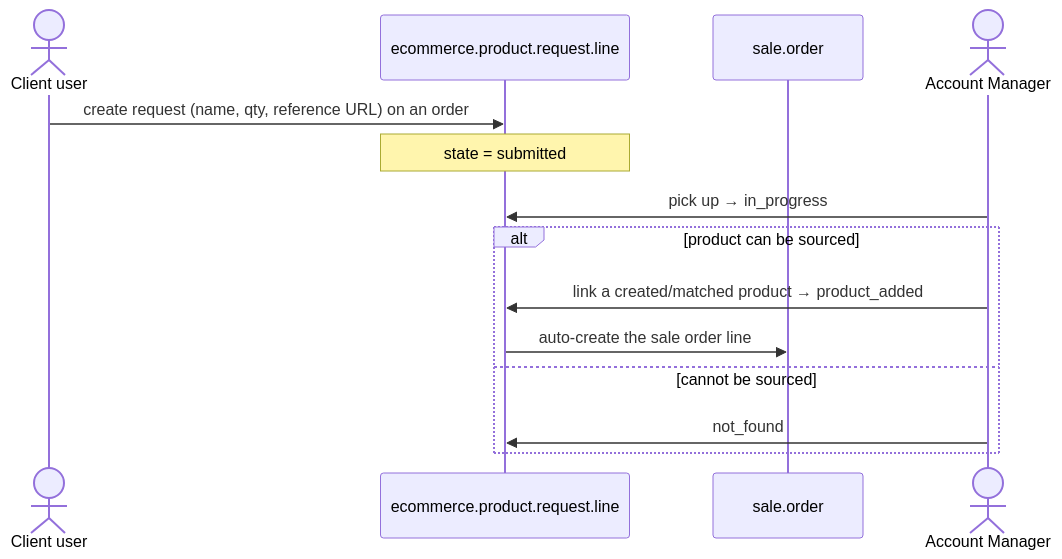
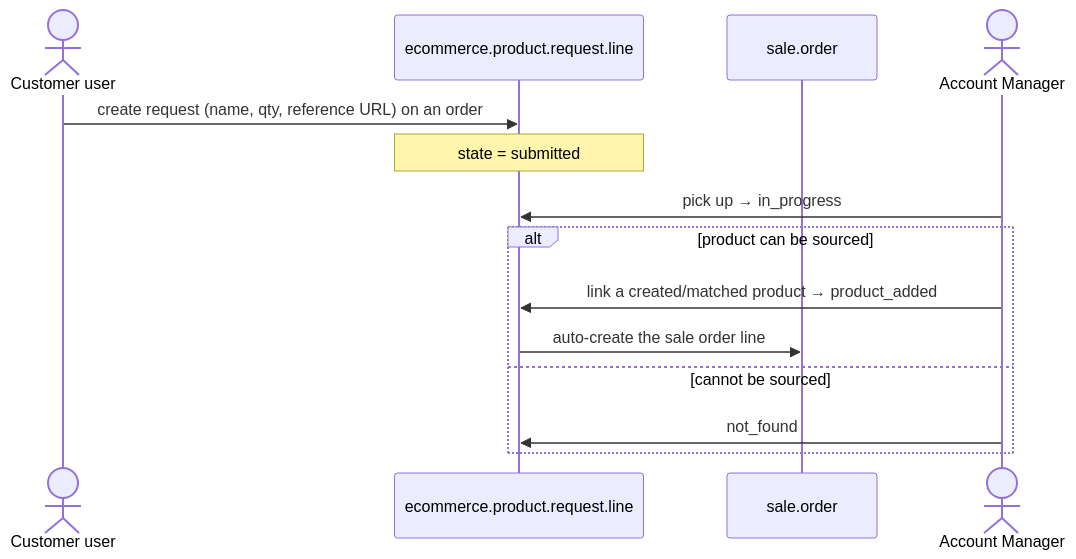
Before and after one commit to LaplaceSoftware/lp_projects_docs: the fourth of 4 diagrams in docs/b2b_ecommerce_docs/_technical_docs/008-Order-Lifecycle.md, drawn with Mermaid. The commit also changed other lines of this file and 48 other files, not shown here.

````diff
--- a/docs/b2b_ecommerce_docs/_technical_docs/008-Order-Lifecycle.md
+++ b/docs/b2b_ecommerce_docs/_technical_docs/008-Order-Lifecycle.md
@@ -158,17 +154,17 @@
 ```mermaid
 sequenceDiagram
-    actor C as Client user
+    actor C as Customer user
     participant R as ecommerce.product.request.line
     participant O as sale.order
     actor AM as Account Manager
 
     C->>R: create request (name, qty, reference URL) on an order
     Note over R: state = submitted
     AM->>R: pick up → in_progress
     alt product can be sourced
         AM->>R: link a created/matched product → product_added
         R->>O: auto-create the sale order line
     else cannot be sourced
         AM->>R: not_found
     end
 ```
````
